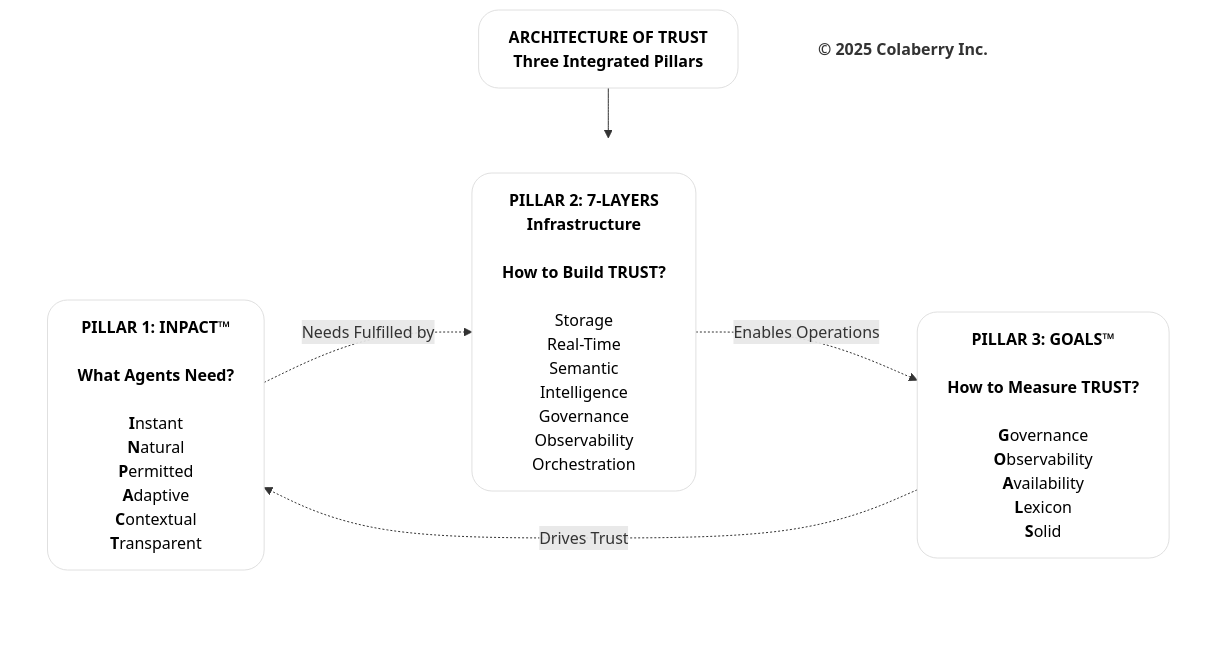
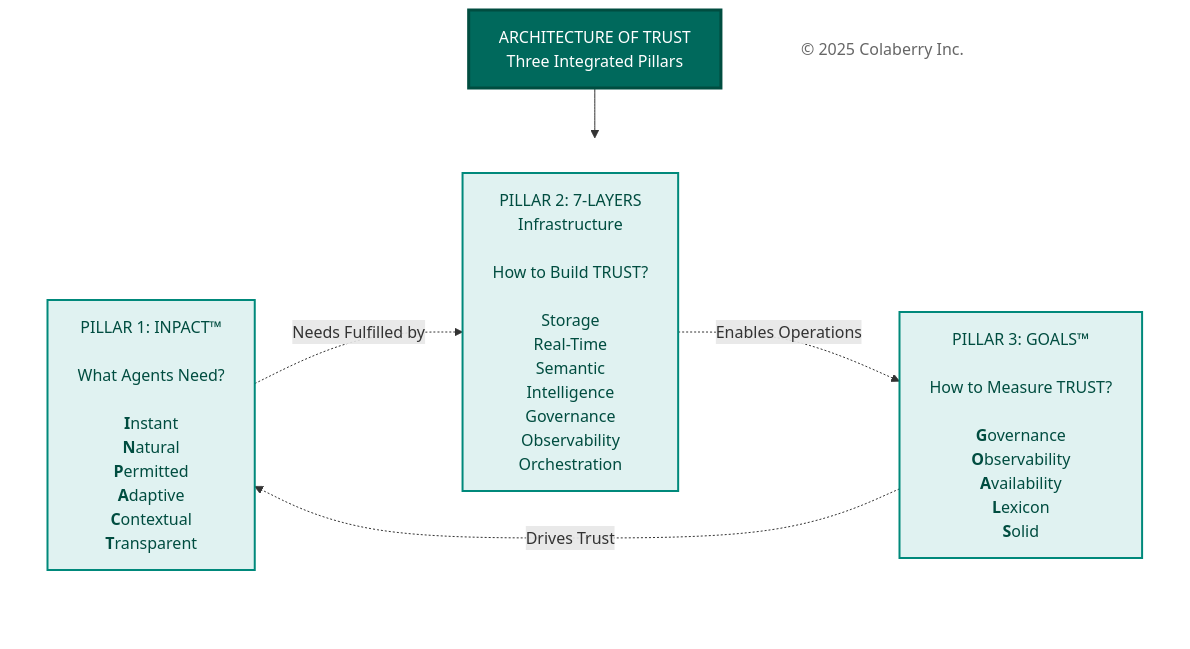
Before and after one commit to saitejesh-cyber/trust-before-intelligence-book: the fourth of 4 diagrams in manuscript/01_chapter_0_trust_before_intelligence.md, drawn with Mermaid. The commit also changed other lines of this file and 12 other files, not shown here.

Commit message:
Restore legacy Mermaid styles for Option 1

````diff
--- a/manuscript/01_chapter_0_trust_before_intelligence.md
+++ b/manuscript/01_chapter_0_trust_before_intelligence.md
@@ -317,30 +316,30 @@
 ```mermaid
 
 graph TB
-    Title["<b>ARCHITECTURE OF TRUST</b><br/><b>Three Integrated Pillars</b>"]
+    Title["ARCHITECTURE OF TRUST<br/>Three Integrated Pillars"]
     
     subgraph PILLARS[" "]
         direction LR
-        INPACT["<b>PILLAR 1: INPACT™</b><br/><br/><b>What Agents Need?</b><br/><br/><b>I</b>nstant<br/><b>N</b>atural<br/><b>P</b>ermitted<br/><b>A</b>daptive<br/><b>C</b>ontextual<br/><b>T</b>ransparent"]
+        INPACT["PILLAR 1: INPACT™<br/><br/>What Agents Need?<br/><br/><b>I</b>nstant<br/><b>N</b>atural<br/><b>P</b>ermitted<br/><b>A</b>daptive<br/><b>C</b>ontextual<br/><b>T</b>ransparent"]
         
-        Layers["<b>PILLAR 2: 7-LAYERS</b><br/><b>Infrastructure</b><br/><br/><b>How to Build TRUST?</b><br/><br/>Storage<br/>Real-Time<br/>Semantic<br/>Intelligence<br/>Governance<br/>Observability<br/>Orchestration"]
+        Layers["PILLAR 2: 7-LAYERS<br/>Infrastructure<br/><br/>How to Build TRUST?<br/><br/>Storage<br/>Real-Time<br/>Semantic<br/>Intelligence<br/>Governance<br/>Observability<br/>Orchestration"]
         
-        GOALS["<b>PILLAR 3: GOALS™</b><br/><br/><b>How to Measure TRUST?</b><br/><br/><b>G</b>overnance<br/><b>O</b>bservability<br/><b>A</b>vailability<br/><b>L</b>exicon<br/><b>S</b>olid"]
+        GOALS["PILLAR 3: GOALS™<br/><br/>How to Measure TRUST?<br/><br/><b>G</b>overnance<br/><b>O</b>bservability<br/><b>A</b>vailability<br/><b>L</b>exicon<br/><b>S</b>olid"]
     end
     
-    Copyright["<b>© 2025 Colaberry Inc.</b>"]
+    Copyright["© 2025 Colaberry Inc."]
     
     Title --> PILLARS
     
     INPACT -.->|"Needs Fulfilled by"| Layers
     Layers -.->|"Enables Operations"| GOALS
     GOALS -.->|"Drives Trust"| INPACT
     
-    style Title fill:#ffffff,stroke:#e0e0e0,stroke-width:1px,color:#000000,rx:20,ry:20
+    style Title fill:#00695c,color:#ffffff,stroke:#004d40,stroke-width:3px
     style PILLARS fill:none,stroke:none
-        style INPACT fill:#ffffff,stroke:#e0e0e0,stroke-width:1px,color:#000000,rx:20,ry:20
-        style Layers fill:#ffffff,stroke:#e0e0e0,stroke-width:1px,color:#000000,rx:20,ry:20
-        style GOALS fill:#ffffff,stroke:#e0e0e0,stroke-width:1px,color:#000000,rx:20,ry:20
-    style Copyright fill:none,stroke:none,color:#333333
+    style INPACT fill:#e0f2f1,stroke:#00897b,stroke-width:2px,color:#004d40
+    style Layers fill:#e0f2f1,stroke:#00897b,stroke-width:2px,color:#004d40
+    style GOALS fill:#e0f2f1,stroke:#00897b,stroke-width:2px,color:#004d40
+    style Copyright fill:#ffffff,stroke:none,color:#666666
 
 ```
````
